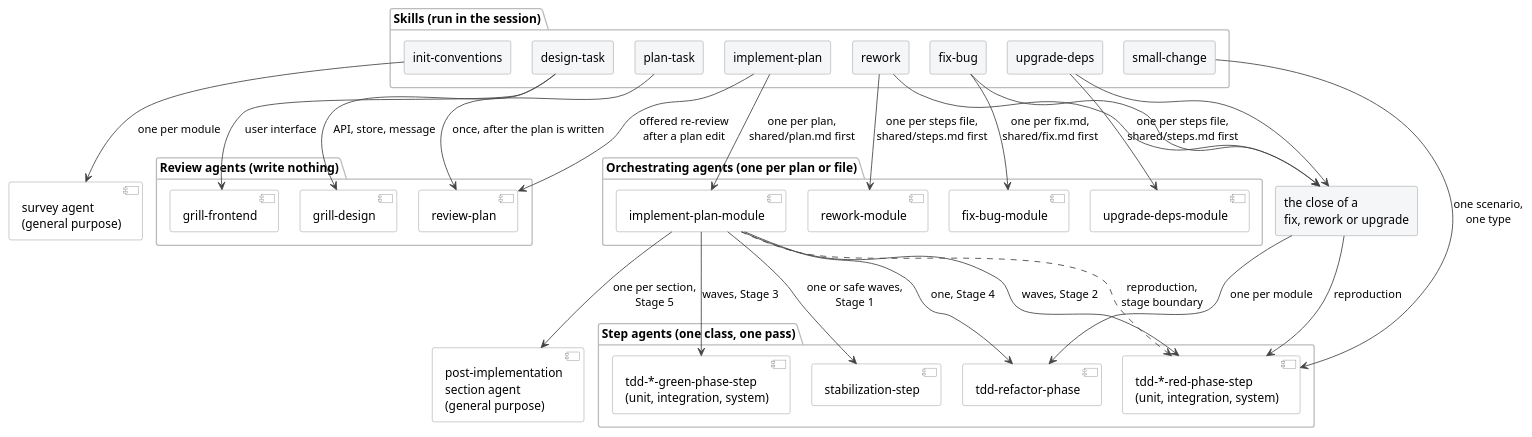
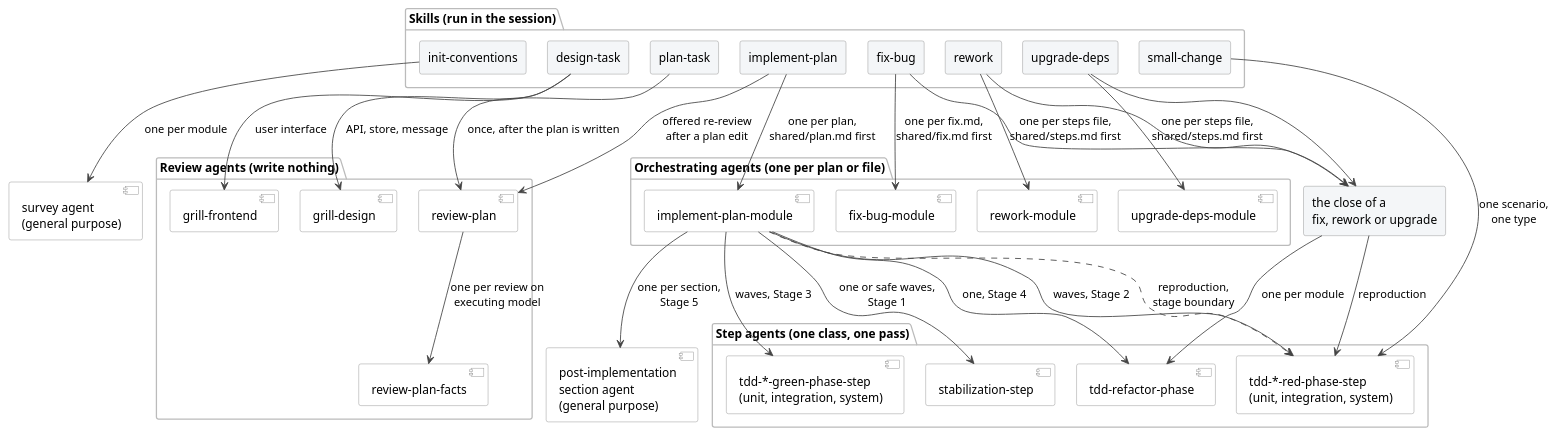
The diagram in docs/diagrams/agents.puml (ds-usova/tdd-sdlc), drawn with PlantUML before and after one commit. The commit also changed 22 other files, not shown here.

Commit message:
Review plan agent gets its own sub-agent on an executing model

```diff
--- a/docs/diagrams/agents.puml
+++ b/docs/diagrams/agents.puml
@@ -1,83 +1,85 @@
 @startuml agents
 skinparam defaultFontName Helvetica
 skinparam shadowing false
 skinparam ArrowColor #444
 skinparam nodesep 25
 skinparam ranksep 90
 skinparam rectangle {
   BackgroundColor #F4F6F8
   BorderColor #888
 }
 skinparam component {
   BackgroundColor #FFFFFF
   BorderColor #888
 }
 skinparam package {
   BackgroundColor #FFFFFF
   BorderColor #BBB
 }
 top to bottom direction
 
 package "Skills (run in the session)" {
   rectangle "init-conventions" as IC
   rectangle "design-task" as DT
   rectangle "plan-task" as PT
   rectangle "implement-plan" as IP
   rectangle "fix-bug" as FB
   rectangle "rework" as RW
   rectangle "upgrade-deps" as UD
   rectangle "small-change" as SC
 }
 
 component "survey agent\n(general purpose)" as SV
 
 package "Review agents (write nothing)" {
   component "grill-design" as GD
   component "grill-frontend" as GF
   component "review-plan" as RP
+  component "review-plan-facts" as RPF
 }
 
 package "Orchestrating agents (one per plan or file)" {
   component "implement-plan-module" as IPM
   component "fix-bug-module" as FBM
   component "rework-module" as RWM
   component "upgrade-deps-module" as UDM
 }
 
 rectangle "the close of a\nfix, rework or upgrade" as CLOSE
 
 package "Step agents (one class, one pass)" {
   component "stabilization-step" as ST
   component "tdd-*-red-phase-step\n(unit, integration, system)" as RED
   component "tdd-*-green-phase-step\n(unit, integration, system)" as GREEN
   component "tdd-refactor-phase" as RF
 }
 
 component "post-implementation\nsection agent\n(general purpose)" as PI
 
 IC --> SV : one per module
 DT --> GF : user interface
 DT --> GD : API, store, message
 PT --> RP : once, after the plan is written
 IP --> RP : offered re-review\nafter a plan edit
+RP --> RPF : one per review on\nexecuting model
 
 IP --> IPM : one per plan,\nshared/plan.md first
 FB --> FBM : one per fix.md,\nshared/fix.md first
 RW --> RWM : one per steps file,\nshared/steps.md first
 UD --> UDM : one per steps file,\nshared/steps.md first
 
 IPM --> ST : one or safe waves,\nStage 1
 IPM --> RED : waves, Stage 2
 IPM --> GREEN : waves, Stage 3
 IPM --> RF : one, Stage 4
 IPM --> PI : one per section,\nStage 5
 IPM ..> RED : reproduction,\nstage boundary
 
 FB --> CLOSE
 RW --> CLOSE
 UD --> CLOSE
 CLOSE --> RF : one per module
 CLOSE --> RED : reproduction
 
 SC --> RED : one scenario,\none type
 @enduml
```
